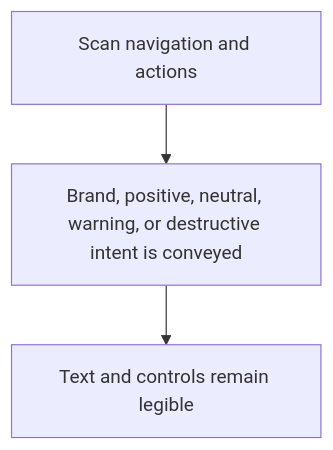
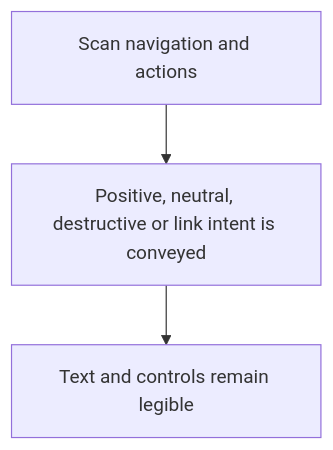
Before and after one commit to Kevinjohn/capacitylens: the first of 2 diagrams in user-stories/navigation/US-NAV-15-semantic-colour-language.md, drawn with Mermaid. The commit also changed other lines of this file and 119 other files, not shown here.

First line of the commit message:
docs: correct story text and flow diagrams against current source

````diff
--- a/user-stories/navigation/US-NAV-15-semantic-colour-language.md
+++ b/user-stories/navigation/US-NAV-15-semantic-colour-language.md
@@ -21,8 +21,8 @@
 ```mermaid
 flowchart TD
   human1["Scan navigation and actions"]
-  human2["Brand, positive, neutral, warning, or destructive intent is conveyed"]
+  human2["Positive, neutral, destructive or link intent is conveyed"]
   human3["Text and controls remain legible"]
   human1 --> human2
   human2 --> human3
 ```
````
